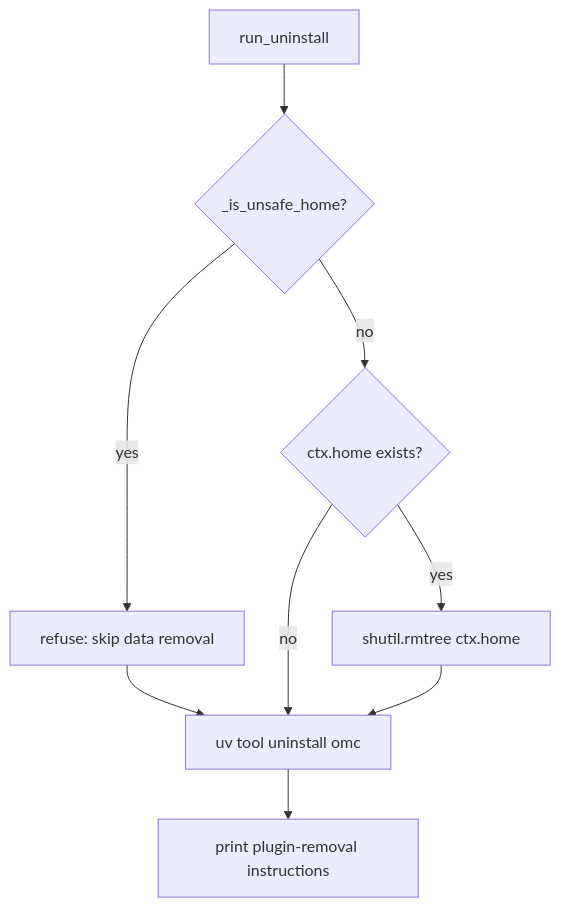
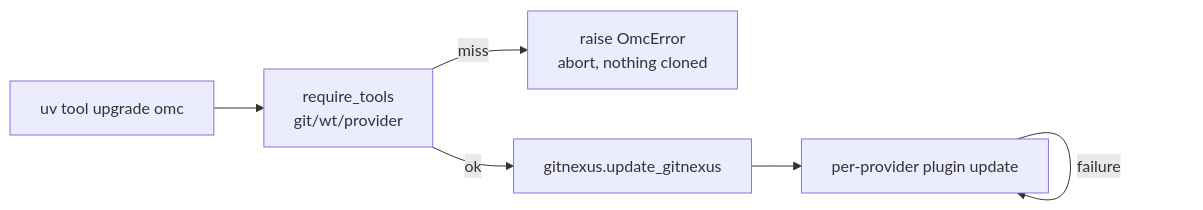
Before and after one commit to chris-husse/oh-my-clanker: the first of 2 diagrams in tests/e2e/artifacts/omc-wiki/installation-source-provenance.md, drawn with Mermaid. The commit also changed other lines of this file and 138 other files, not shown here.

````diff
--- a/tests/e2e/artifacts/omc-wiki/installation-source-provenance.md
+++ b/tests/e2e/artifacts/omc-wiki/installation-source-provenance.md
@@ -54,11 +22,8 @@
 ```mermaid
-flowchart TD
-    A[run_uninstall] --> B{_is_unsafe_home?}
-    B -- yes --> C[refuse: skip data removal]
-    B -- no --> D{ctx.home exists?}
-    D -- yes --> E[shutil.rmtree ctx.home]
-    C --> F[uv tool uninstall omc]
-    D -- no --> F
-    E --> F
-    F --> G[print plugin-removal instructions]
+flowchart LR
+    A[uv tool upgrade omc] --> B[require_tools<br/>git/wt/provider]
+    B -->|miss| X[raise OmcError<br/>abort, nothing cloned]
+    B -->|ok| C[gitnexus.update_gitnexus]
+    C --> D[per-provider plugin update]
+    D -->|failure| D
 ```
````
